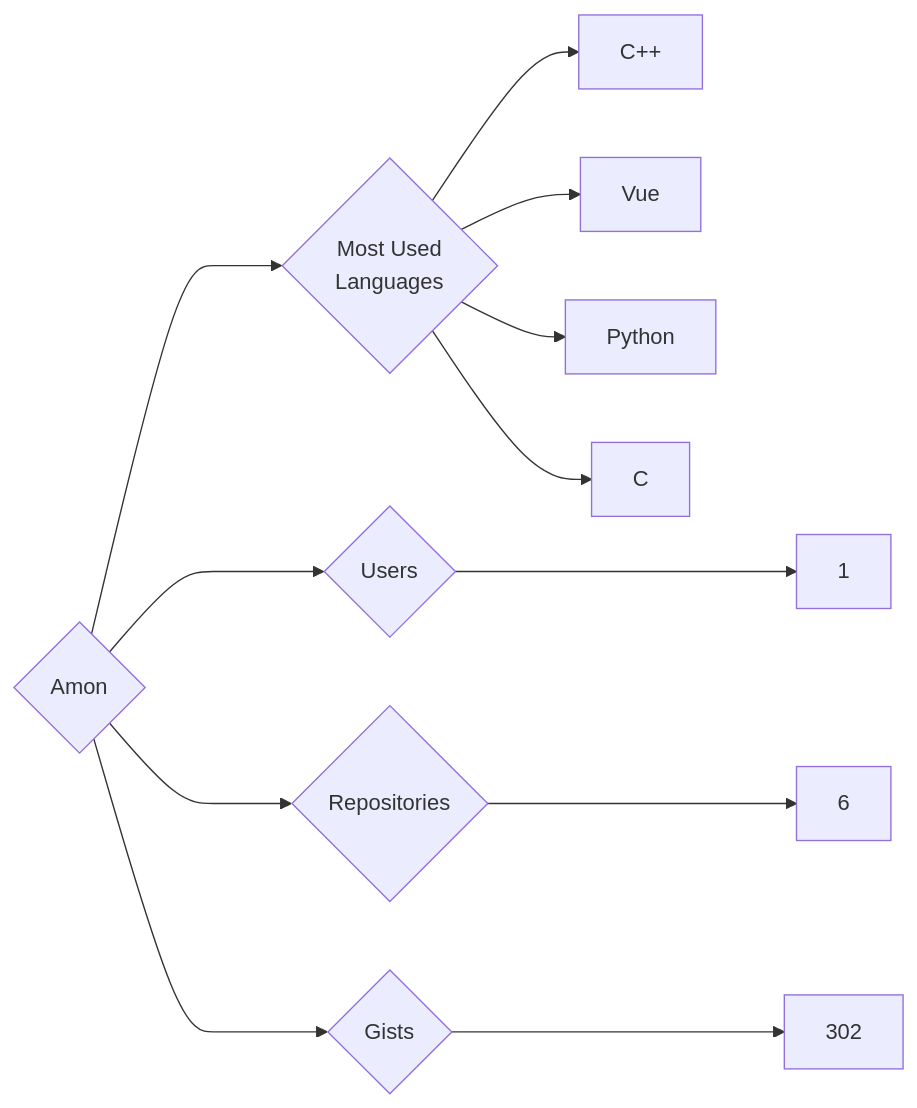
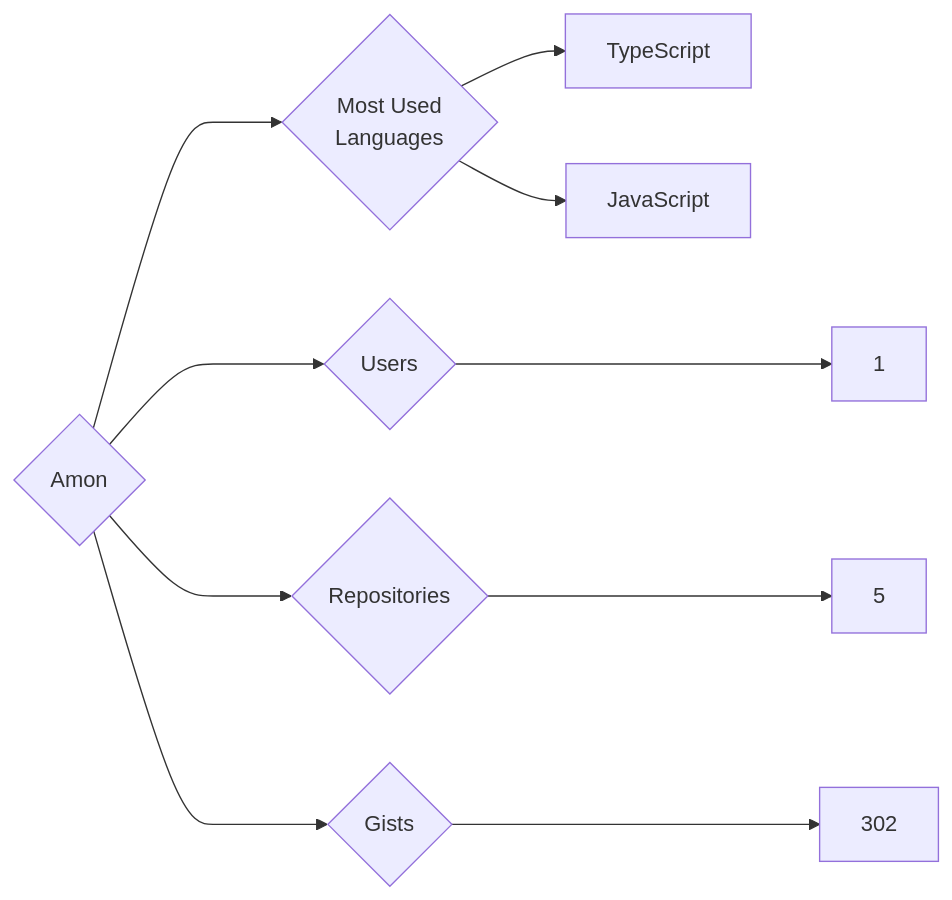
Before and after one commit to trickest/insiders: the diagram in targets/Amon/README.md, drawn with Mermaid. The commit also changed 1092 other files, not shown here.

````diff
--- a/targets/Amon/README.md
+++ b/targets/Amon/README.md
@@ -3,12 +3,10 @@
 ```mermaid
 graph LR
 COMPANY_NAME{Amon}
 COMPANY_NAME ---> U{Users} ---> UN[1]
-COMPANY_NAME ---> R{Repositories} ---> RN[6]
+COMPANY_NAME ---> R{Repositories} ---> RN[5]
 COMPANY_NAME ---> G{Gists} ---> GN[302]
 COMPANY_NAME ---> ML{Most Used<br>Languages}
-ML --> C++[C++]
-ML --> Vue[Vue]
-ML --> Python[Python]
-ML --> C[C]
+ML --> TypeScript[TypeScript]
+ML --> JavaScript[JavaScript]
 ```
````
